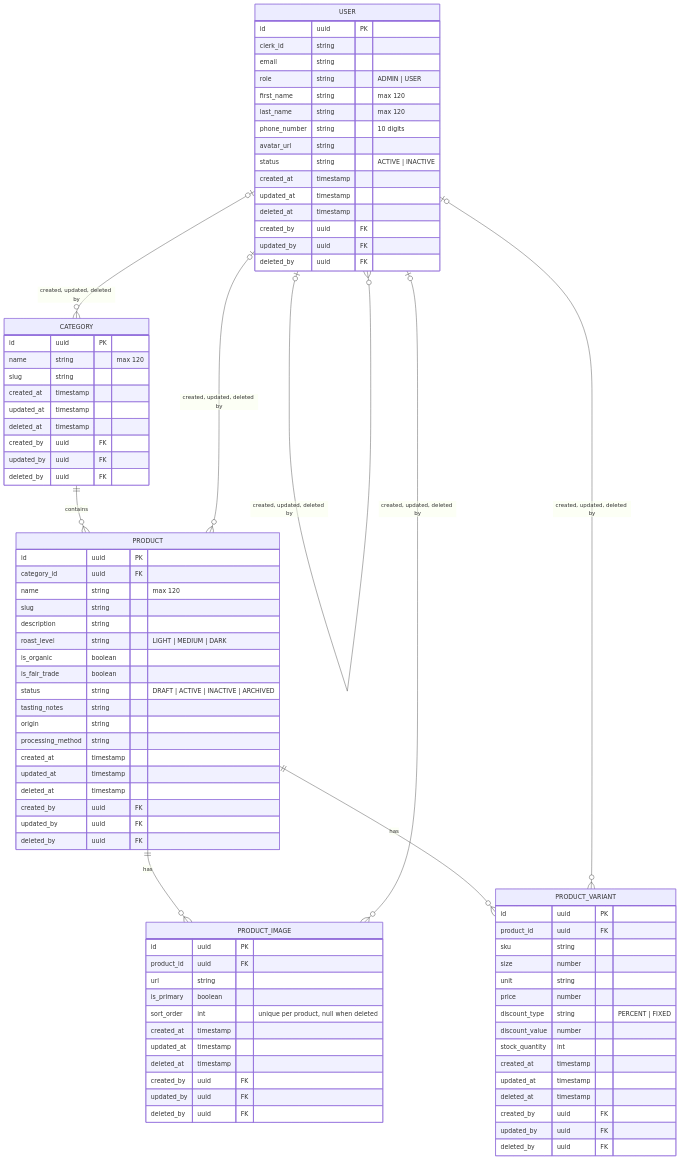
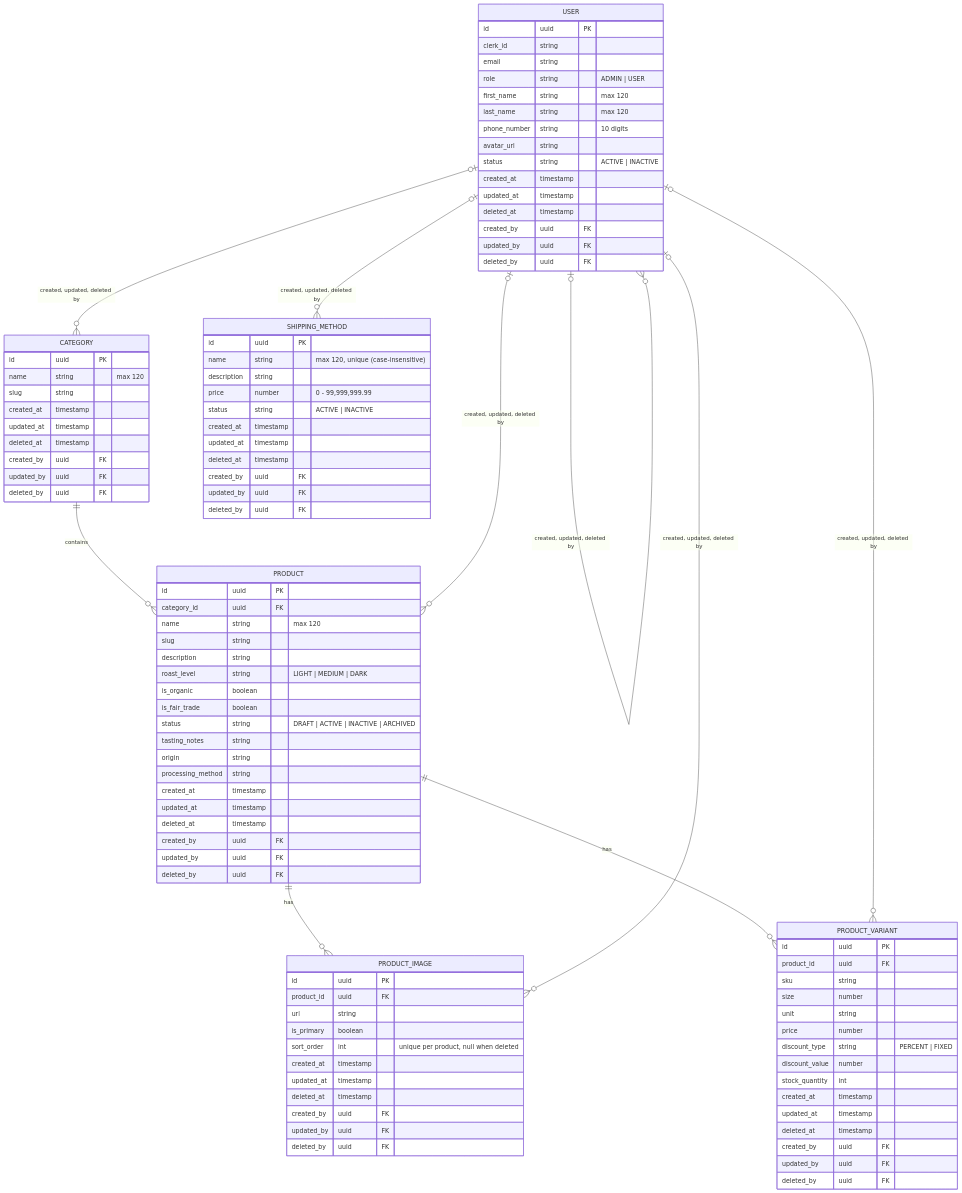
Before and after one commit to tiennguyen-agilityio/nestjs-training: the diagram in apps/api/README.md, drawn with Mermaid. The commit also changed other lines of this file and 25 other files, not shown here.

Commit message:
feat: let admins manage shipping methods and list the active ones to shoppers

````diff
--- a/apps/api/README.md
+++ b/apps/api/README.md
@@ -298,6 +298,20 @@
         deleted_by uuid FK
     }
 
+    SHIPPING_METHOD {
+        id uuid PK
+        name string "max 120, unique (case-insensitive)"
+        description string
+        price number "0 - 99,999,999.99"
+        status string "ACTIVE | INACTIVE"
+        created_at timestamp
+        updated_at timestamp
+        deleted_at timestamp
+        created_by uuid FK
+        updated_by uuid FK
+        deleted_by uuid FK
+    }
+
     CATEGORY ||--o{ PRODUCT : "contains"
     PRODUCT ||--o{ PRODUCT_IMAGE : "has"
     PRODUCT ||--o{ PRODUCT_VARIANT : "has"
@@ -305,5 +319,6 @@
     USER |o--o{ PRODUCT : "created, updated, deleted by"
     USER |o--o{ PRODUCT_IMAGE : "created, updated, deleted by"
     USER |o--o{ PRODUCT_VARIANT : "created, updated, deleted by"
+    USER |o--o{ SHIPPING_METHOD : "created, updated, deleted by"
     USER |o--o{ USER : "created, updated, deleted by"
 ```
````
